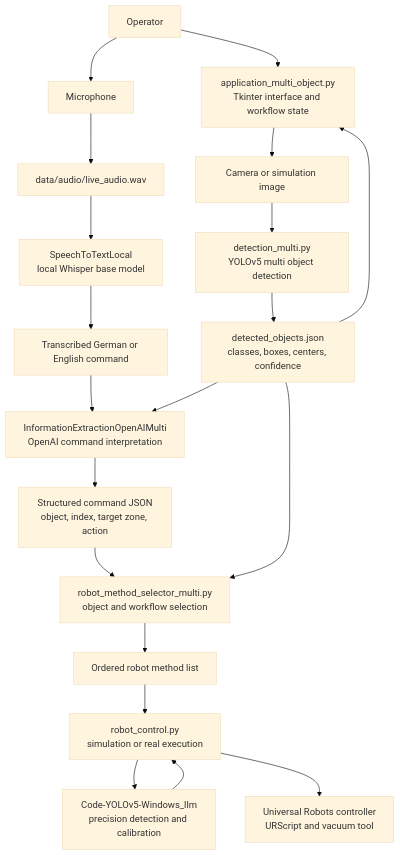
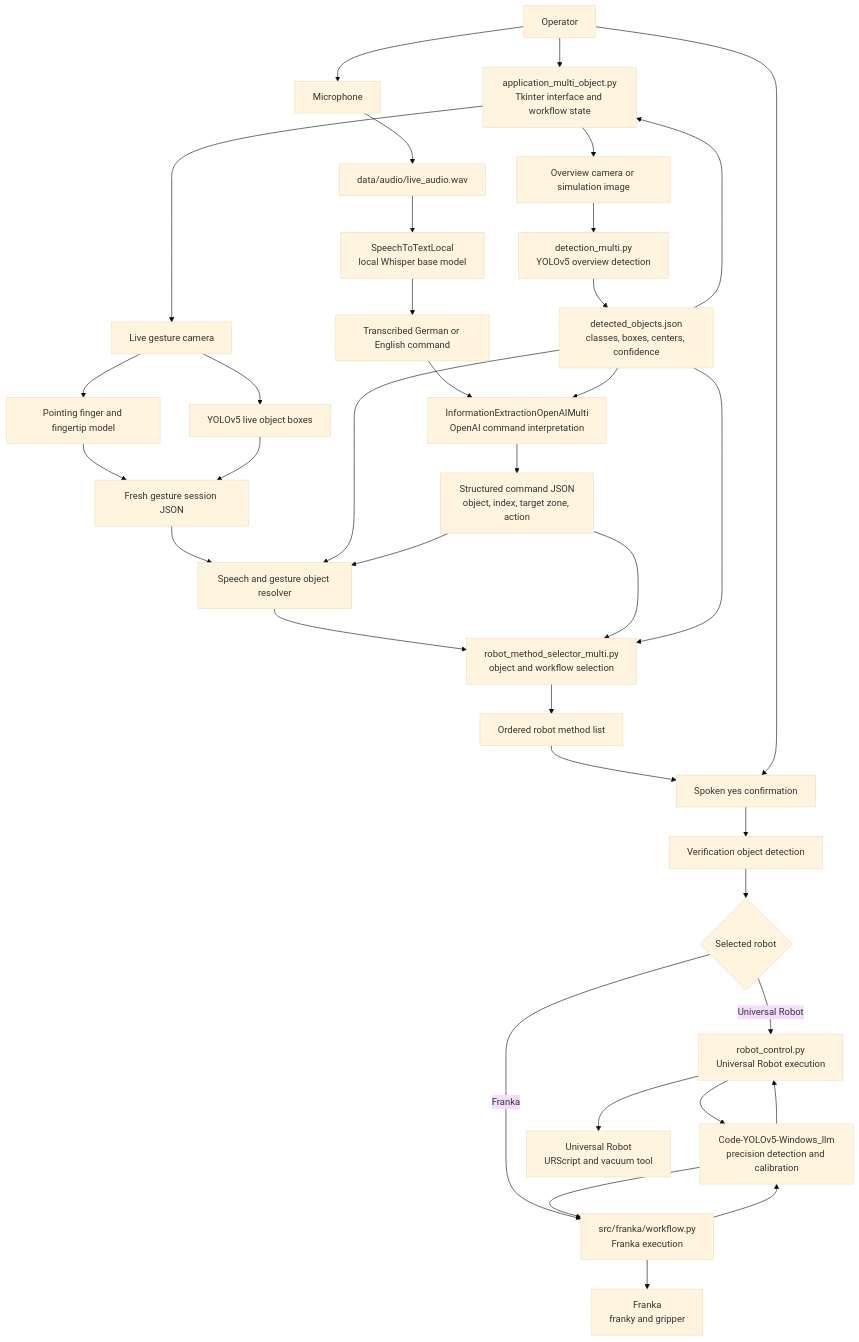
One commit to Gaurang8200/MASTER_THESIS changed the first of 9 diagrams in UR_Audio_Steuerung_Using_LLM/ARCHITECTURE.md. Above: the diagram before and after it, drawn with Mermaid (base theme). The commit also changed other lines of this file and 15 other files, not shown here.

````diff
--- a/UR_Audio_Steuerung_Using_LLM/ARCHITECTURE.md
+++ b/UR_Audio_Steuerung_Using_LLM/ARCHITECTURE.md
@@ -17,39 +19,66 @@
 ```mermaid
 flowchart TD
     Operator["Operator"]
     GUI["application_multi_object.py<br/>Tkinter interface and workflow state"]
-    Camera["Camera or simulation image"]
-    Detection["detection_multi.py<br/>YOLOv5 multi object detection"]
+    OverviewCamera["Overview camera or simulation image"]
+    Detection["detection_multi.py<br/>YOLOv5 overview detection"]
     DetectionData["detected_objects.json<br/>classes, boxes, centers, confidence"]
     Microphone["Microphone"]
     Audio["data/audio/live_audio.wav"]
     Whisper["SpeechToTextLocal<br/>local Whisper base model"]
     Transcript["Transcribed German or English command"]
     OpenAI["InformationExtractionOpenAIMulti<br/>OpenAI command interpretation"]
     Command["Structured command JSON<br/>object, index, target zone, action"]
+    GestureCamera["Live gesture camera"]
+    GestureModel["Pointing finger and fingertip model"]
+    LiveObjects["YOLOv5 live object boxes"]
+    GestureResult["Fresh gesture session JSON"]
+    Resolver["Speech and gesture object resolver"]
+    Confirmation["Spoken yes confirmation"]
     Selector["robot_method_selector_multi.py<br/>object and workflow selection"]
     Methods["Ordered robot method list"]
-    RobotControl["robot_control.py<br/>simulation or real execution"]
+    Verification["Verification object detection"]
+    RobotChoice{"Selected robot"}
+    URControl["robot_control.py<br/>Universal Robot execution"]
+    FrankaControl["src/franka/workflow.py<br/>Franka execution"]
     LegacyVision["Code-YOLOv5-Windows_llm<br/>precision detection and calibration"]
-    Robot["Universal Robots controller<br/>URScript and vacuum tool"]
+    URRobot["Universal Robot<br/>URScript and vacuum tool"]
+    FrankaRobot["Franka<br/>franky and gripper"]
 
     Operator --> GUI
-    GUI --> Camera
-    Camera --> Detection
+    GUI --> OverviewCamera
+    OverviewCamera --> Detection
     Detection --> DetectionData
     DetectionData --> GUI
     Operator --> Microphone
     Microphone --> Audio
     Audio --> Whisper
     Whisper --> Transcript
     Transcript --> OpenAI
     DetectionData --> OpenAI
     OpenAI --> Command
+    GUI --> GestureCamera
+    GestureCamera --> GestureModel
+    GestureCamera --> LiveObjects
+    GestureModel --> GestureResult
+    LiveObjects --> GestureResult
+    GestureResult --> Resolver
+    DetectionData --> Resolver
+    Command --> Resolver
+    Resolver --> Selector
     Command --> Selector
     DetectionData --> Selector
     Selector --> Methods
-    Methods --> RobotControl
-    RobotControl --> LegacyVision
-    LegacyVision --> RobotControl
-    RobotControl --> Robot
+    Methods --> Confirmation
+    Operator --> Confirmation
+    Confirmation --> Verification
+    Verification --> RobotChoice
+    RobotChoice -->|"Universal Robot"| URControl
+    RobotChoice -->|"Franka"| FrankaControl
+    URControl --> LegacyVision
+    FrankaControl --> LegacyVision
+    LegacyVision --> URControl
+    LegacyVision --> FrankaControl
+    URControl --> URRobot
+    FrankaControl --> FrankaRobot
 ```
````
